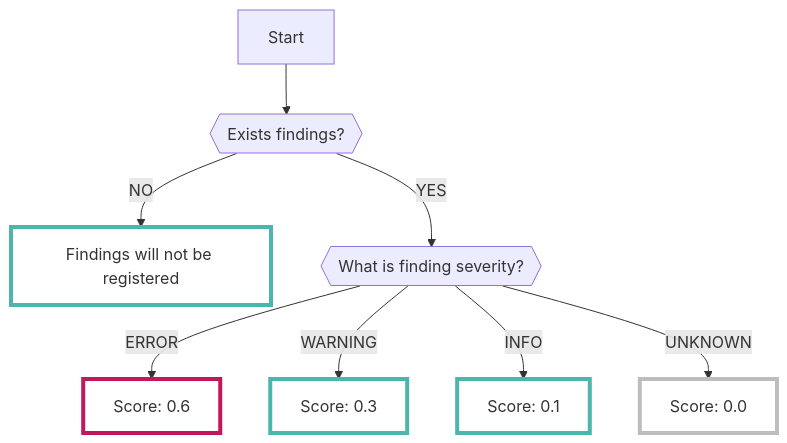
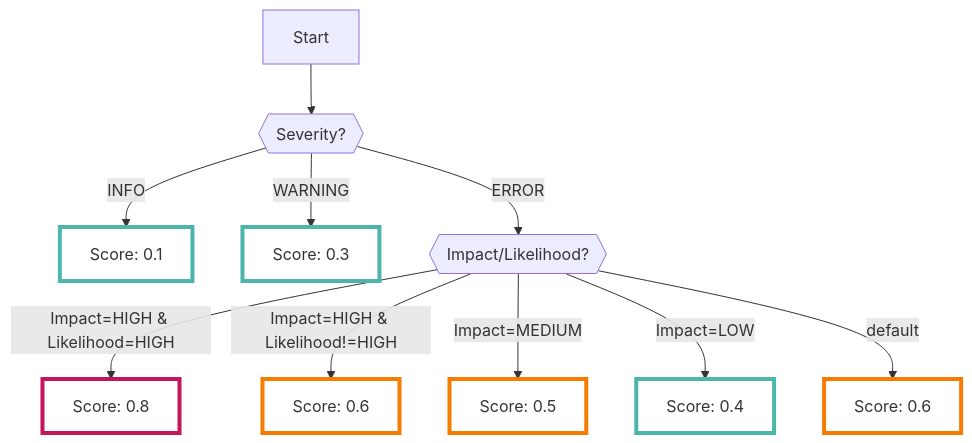
One commit to ca-risken/doc changed the diagram in docs/code/codescan_concept.en.md. Above: the diagram before and after it, drawn with Mermaid. The commit also changed other lines of this file and 1 other file, not shown here.

Commit message:
fix: codescan score logic

````diff
--- a/docs/code/codescan_concept.en.md
+++ b/docs/code/codescan_concept.en.md
@@ -27,14 +27,20 @@
 ```mermaid
-graph TD
-    A[Start] --> B{{Exists findings?}};
-    B -->|NO| C[Findings will not be registered]:::low;
-    B -->|YES| D{{What is finding severity?}};
-    D -->|ERROR| E[Score: 0.6]:::high;
-    D -->|WARNING| F[Score: 0.3]:::low;
-    D -->|INFO| G[Score: 0.1]:::low;
-    D -->|UNKNOWN| J[Score: 0.0]:::unknown;
-    classDef high fill:#FFFFFF,stroke:#C2185B,stroke-width:4px;
-    classDef mid fill:#FFFFFF,stroke:#F57C00,stroke-width:4px;
-    classDef low fill:#FFFFFF,stroke:#4DB6AC,stroke-width:4px;
-    classDef unknown fill:#FFFFFF,stroke:#BDBDBD,stroke-width:4px;
+flowchart TD
+    A[Start] --> B{{Severity?}}
+    %% Other severity levels
+    B -->|INFO| C[Score: 0.1]:::low
+    B -->|WARNING| D[Score: 0.3]:::low
+    
+    %% ERROR branch with detailed logic
+    B -->|ERROR| F{{Impact/Likelihood?}}
+    F -->|Impact=HIGH & Likelihood=HIGH| G[Score: 0.8]:::high
+    F -->|Impact=HIGH & Likelihood!=HIGH| H[Score: 0.6]:::mid
+    F -->|Impact=MEDIUM| I[Score: 0.5]:::mid
+    F -->|Impact=LOW| J[Score: 0.4]:::low
+    F -->|default| K[Score: 0.6]:::mid
+
+    classDef high fill:#FFFFFF,stroke:#C2185B,stroke-width:4px
+    classDef mid fill:#FFFFFF,stroke:#F57C00,stroke-width:4px
+    classDef low fill:#FFFFFF,stroke:#4DB6AC,stroke-width:4px
+    classDef unknown fill:#FFFFFF,stroke:#BDBDBD,stroke-width:4px
 ```
````
